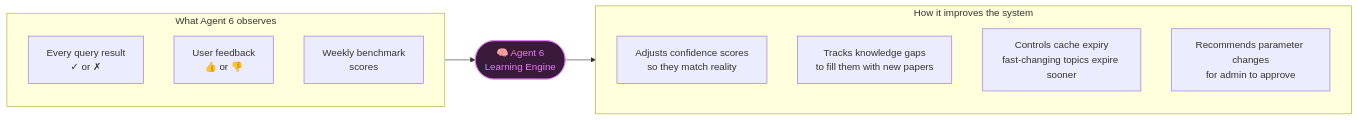
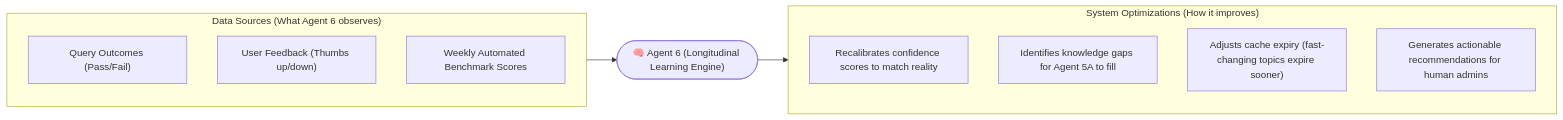
The fifth of 8 diagrams in README.md (pavan939111/SelfLearning_Rag), drawn with Mermaid before and after one commit. The commit also changed other lines of this file and 1 other file, not shown here.

Commit message:
docs: redesign mermaid diagrams for better colors and missing information

````diff
--- a/README.md
+++ b/README.md
@@ -167,22 +136,20 @@
 ```mermaid
 flowchart LR
-    subgraph INPUTS ["What Agent 6 observes"]
-        I1["Every query result\n✓ or ✗"]
-        I2["User feedback\n👍 or 👎"]
-        I3["Weekly benchmark\nscores"]
+    subgraph INPUTS ["Data Sources (What Agent 6 observes)"]
+        I1["Query Outcomes (Pass/Fail)"]
+        I2["User Feedback (Thumbs up/down)"]
+        I3["Weekly Automated Benchmark Scores"]
     end
 
-    A6(["🧠 Agent 6\nLearning Engine"])
+    A6(["🧠 Agent 6 (Longitudinal Learning Engine)"])
 
-    subgraph OUTPUTS ["How it improves the system"]
-        O1["Adjusts confidence scores\nso they match reality"]
-        O2["Tracks knowledge gaps\nto fill them with new papers"]
-        O3["Controls cache expiry\nfast-changing topics expire sooner"]
-        O4["Recommends parameter changes\nfor admin to approve"]
+    subgraph OUTPUTS ["System Optimizations (How it improves)"]
+        O1["Recalibrates confidence scores to match reality"]
+        O2["Identifies knowledge gaps for Agent 5A to fill"]
+        O3["Adjusts cache expiry (fast-changing topics expire sooner)"]
+        O4["Generates actionable recommendations for human admins"]
     end
 
     INPUTS --> A6
     A6 --> OUTPUTS
-
-    style A6 fill:#3a1a3a,stroke:#e879f9,color:#e879f9
 ```
````
